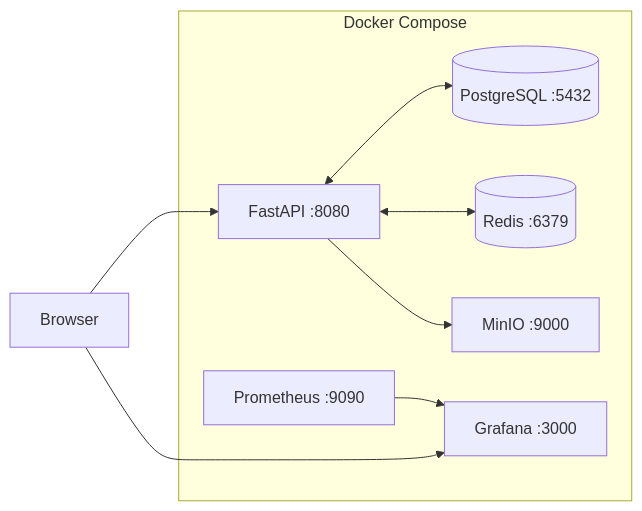
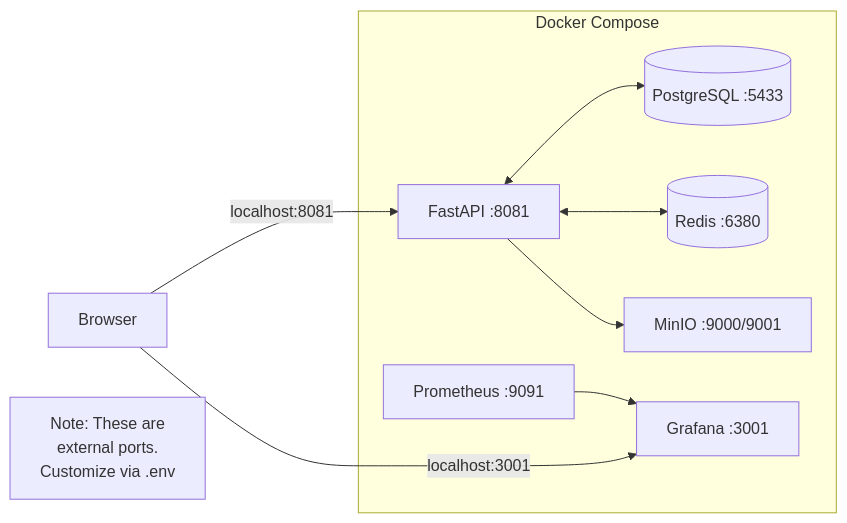
One commit to IdanG7/InfraMind changed the third of 4 diagrams in docs/architecture.md. Above: the diagram before and after it, drawn with Mermaid. The commit also changed 22 other files, not shown here.

````diff
--- a/docs/architecture.md
+++ b/docs/architecture.md
@@ -175,19 +175,21 @@
 ```mermaid
 graph LR
     subgraph Docker Compose
-        API[FastAPI :8080]
-        PG[(PostgreSQL :5432)]
-        Redis[(Redis :6379)]
-        Prom[Prometheus :9090]
-        Graf[Grafana :3000]
-        MinIO[MinIO :9000]
+        API[FastAPI :8081]
+        PG[(PostgreSQL :5433)]
+        Redis[(Redis :6380)]
+        Prom[Prometheus :9091]
+        Graf[Grafana :3001]
+        MinIO[MinIO :9000/9001]
 
         API <--> PG
         API <--> Redis
         API --> MinIO
         Prom --> Graf
     end
 
-    Browser[Browser] --> API
-    Browser --> Graf
+    Browser[Browser] -->|localhost:8081| API
+    Browser -->|localhost:3001| Graf
+
+    note[Note: These are<br/>external ports.<br/>Customize via .env]
 ```
````
